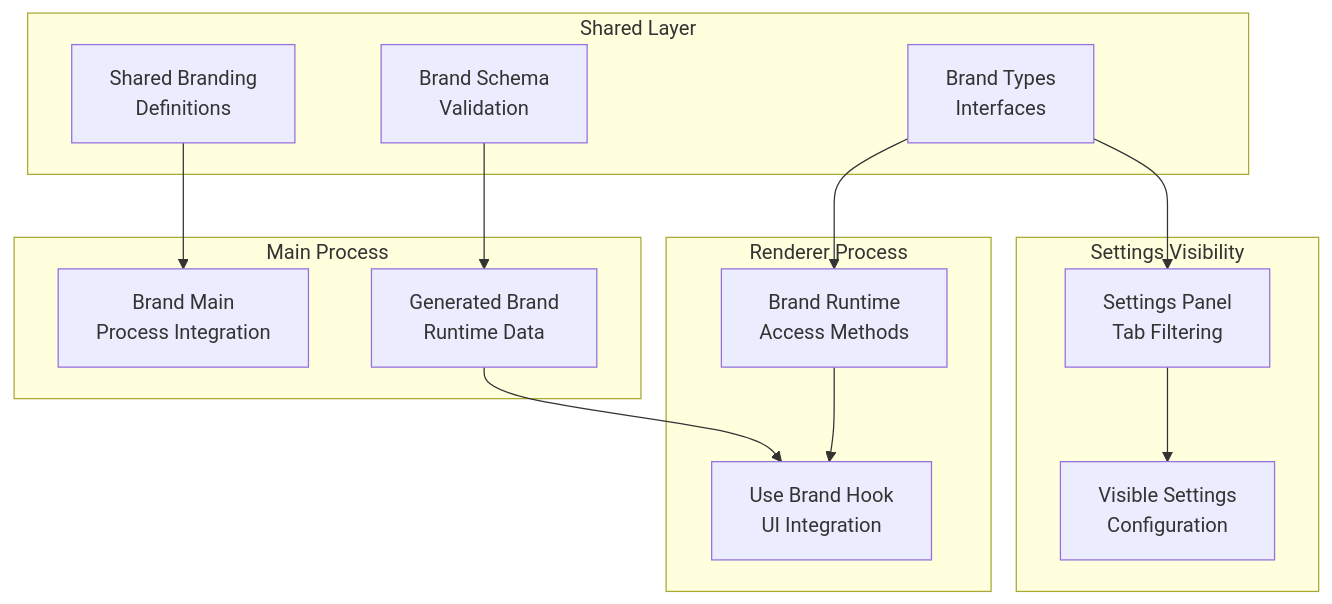
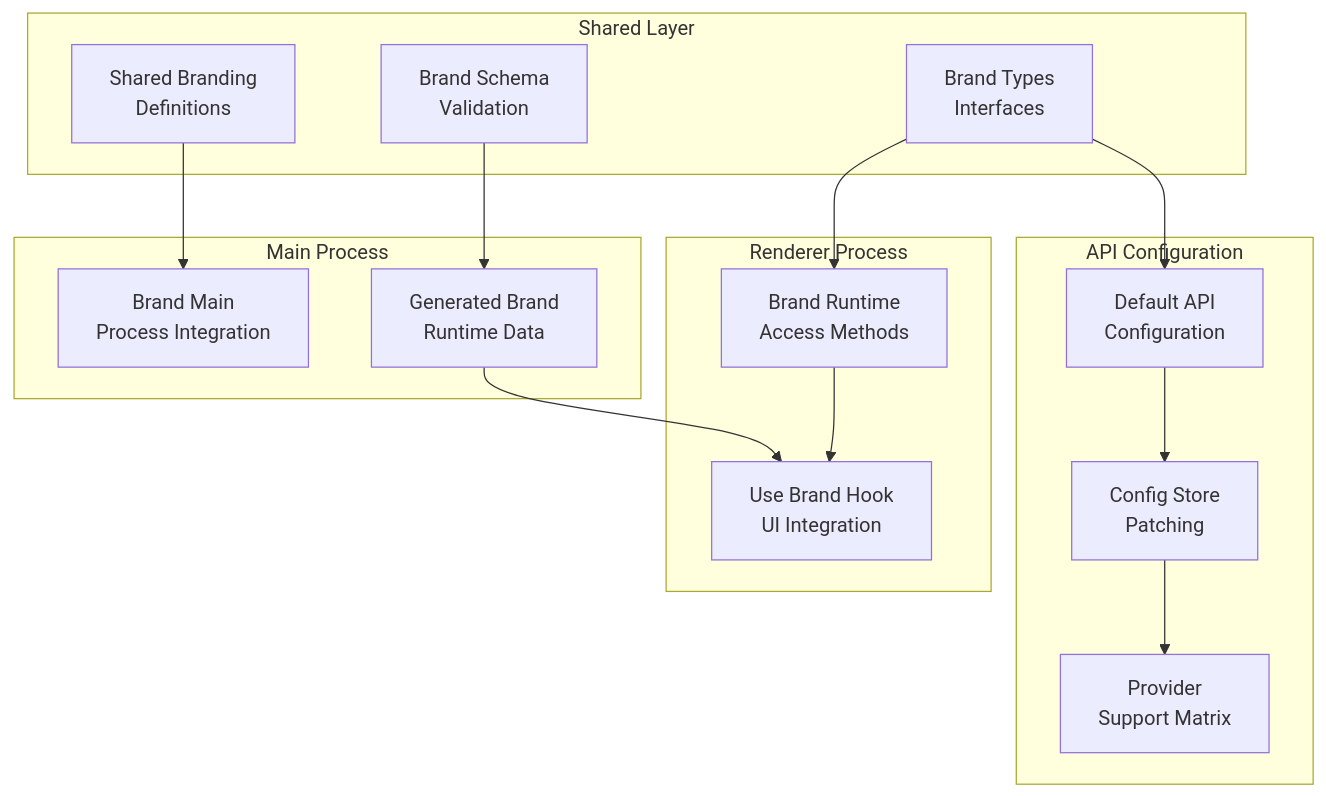
The first of 9 diagrams in .qoder/repowiki/en/content/Deployment & Distribution/Branding System.md (jackuh105/open-cowork), drawn with Mermaid before and after one commit. The commit also changed other lines of this file and 2 other files, not shown here.

````diff
--- a/.qoder/repowiki/en/content/Deployment & Distribution/Branding System.md
+++ b/.qoder/repowiki/en/content/Deployment & Distribution/Branding System.md
@@ -52,27 +55,29 @@
 ```mermaid
 graph TB
 subgraph "Shared Layer"
 SharedBrand["Shared Branding<br/>Definitions"]
 BrandSchema["Brand Schema<br/>Validation"]
 BrandTypes["Brand Types<br/>Interfaces"]
 end
 subgraph "Main Process"
 BrandMain["Brand Main<br/>Process Integration"]
 GeneratedBrand["Generated Brand<br/>Runtime Data"]
 end
 subgraph "Renderer Process"
 UseBrand["Use Brand Hook<br/>UI Integration"]
 BrandRuntime["Brand Runtime<br/>Access Methods"]
 end
-subgraph "Settings Visibility"
-SettingsPanel["Settings Panel<br/>Tab Filtering"]
-VisibleSettings["Visible Settings<br/>Configuration"]
+subgraph "API Configuration"
+DefaultApi["Default API<br/>Configuration"]
+ConfigStore["Config Store<br/>Patching"]
+ProviderSupport["Provider<br/>Support Matrix"]
 end
 SharedBrand --> BrandMain
 BrandSchema --> GeneratedBrand
 BrandTypes --> BrandRuntime
 GeneratedBrand --> UseBrand
 BrandRuntime --> UseBrand
-BrandTypes --> SettingsPanel
-SettingsPanel --> VisibleSettings
+BrandTypes --> DefaultApi
+DefaultApi --> ConfigStore
+ConfigStore --> ProviderSupport
 ```
````
